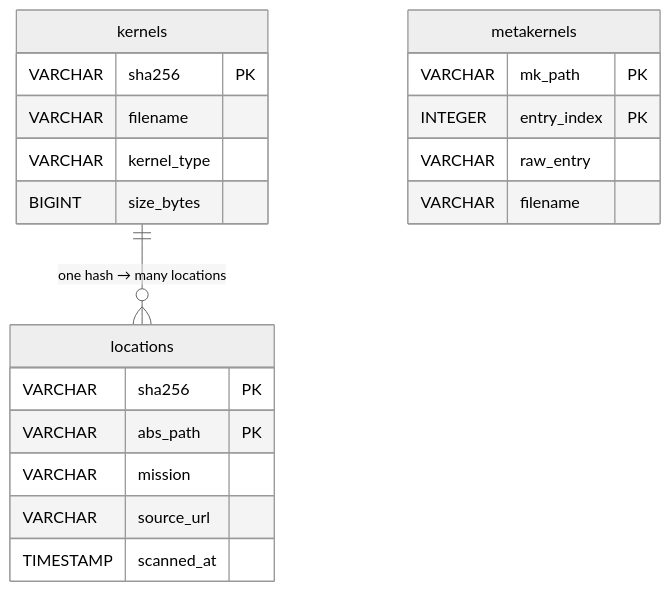
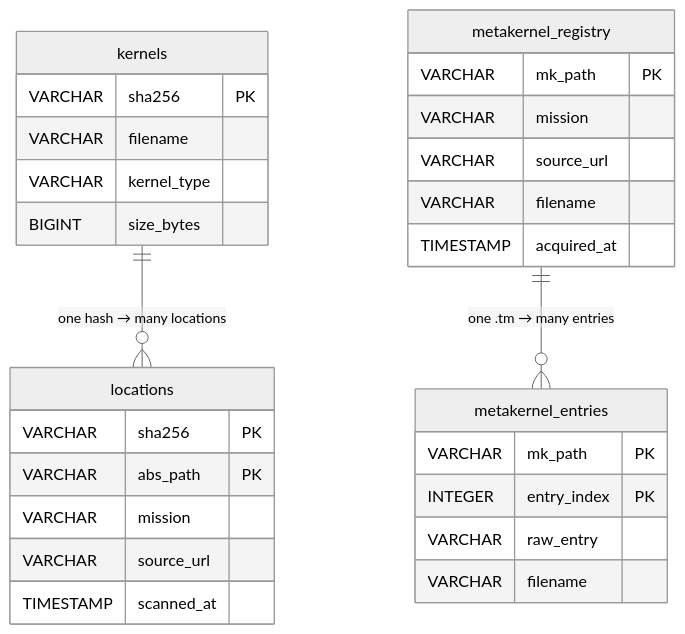
The first of 2 diagrams in docs/design.qmd (michaelaye/spice-kernel-db), drawn with Mermaid (neutral theme) before and after one commit. The commit also changed 9 other files, not shown here.

````diff
--- a/docs/design.qmd
+++ b/docs/design.qmd
@@ -10,23 +10,31 @@
 ```{mermaid}
 erDiagram
     kernels {
         VARCHAR sha256 PK
         VARCHAR filename
         VARCHAR kernel_type
         BIGINT size_bytes
     }
     locations {
         VARCHAR sha256 PK
         VARCHAR abs_path PK
         VARCHAR mission
         VARCHAR source_url
         TIMESTAMP scanned_at
     }
-    metakernels {
+    metakernel_entries {
         VARCHAR mk_path PK
         INTEGER entry_index PK
         VARCHAR raw_entry
         VARCHAR filename
     }
+    metakernel_registry {
+        VARCHAR mk_path PK
+        VARCHAR mission
+        VARCHAR source_url
+        VARCHAR filename
+        TIMESTAMP acquired_at
+    }
     kernels ||--o{ locations : "one hash → many locations"
+    metakernel_registry ||--o{ metakernel_entries : "one .tm → many entries"
 ```
````
